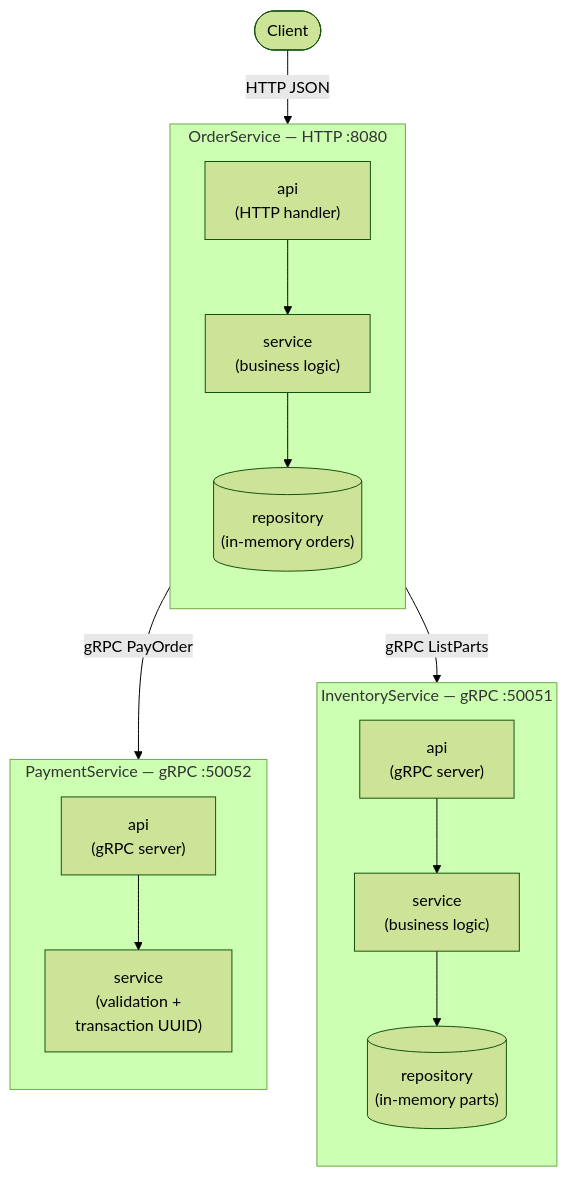
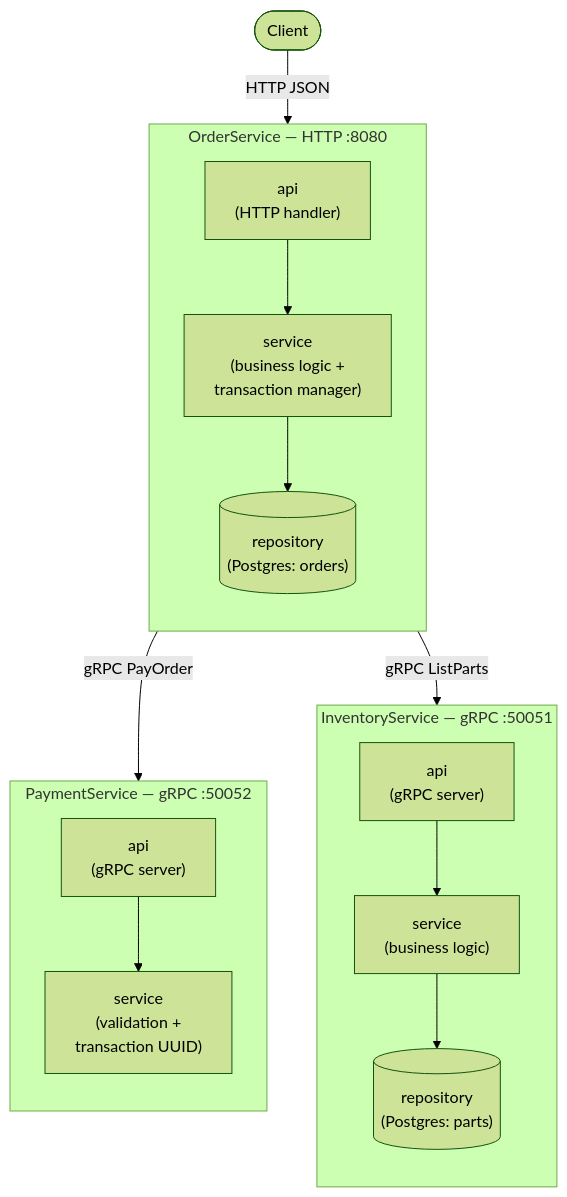
Before and after one commit to omaigo88/ms-ex: the first of 3 diagrams in docs/architecture.md, drawn with Mermaid (forest theme). The commit also changed other lines of this file and 32 other files, not shown here.

````diff
--- a/docs/architecture.md
+++ b/docs/architecture.md
@@ -20,33 +24,33 @@
 ```mermaid
 flowchart TB
     Client(["Client"])
 
     subgraph OrderService["OrderService — HTTP :8080"]
         direction TB
         OrderAPI["api\n(HTTP handler)"]
-        OrderSvc["service\n(business logic)"]
-        OrderRepo[("repository\n(in-memory orders)")]
+        OrderSvc["service\n(business logic +\ntransaction manager)"]
+        OrderRepo[("repository\n(Postgres: orders)")]
         OrderAPI --> OrderSvc
         OrderSvc --> OrderRepo
     end
 
     subgraph InventoryService["InventoryService — gRPC :50051"]
         direction TB
         InvAPI["api\n(gRPC server)"]
         InvSvc["service\n(business logic)"]
-        InvRepo[("repository\n(in-memory parts)")]
+        InvRepo[("repository\n(Postgres: parts)")]
         InvAPI --> InvSvc
         InvSvc --> InvRepo
     end
 
     subgraph PaymentService["PaymentService — gRPC :50052"]
         direction TB
         PaySvc["service\n(validation +\ntransaction UUID)"]
         PayAPI["api\n(gRPC server)"]
         PayAPI --> PaySvc
     end
 
     Client -- "HTTP JSON" --> OrderAPI
     OrderSvc -- "gRPC ListParts" --> InvAPI
     OrderSvc -- "gRPC PayOrder" --> PayAPI
 ```
````
